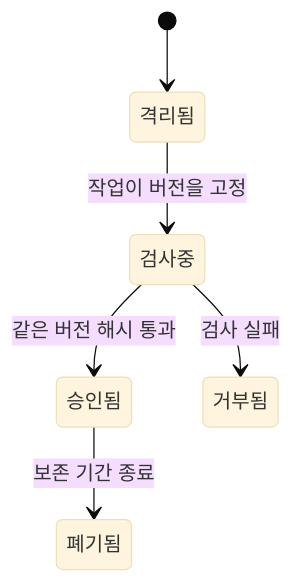
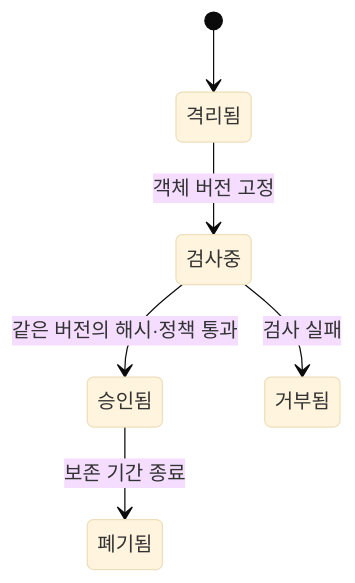
One commit to mj006648/netai-devsecops-runbook changed the second of 2 diagrams in learning/security-cryptography/01-threat-models-and-security-goals.md. Above: the diagram before and after it, drawn with Mermaid (base theme). The commit also changed other lines of this file and 165 other files, not shown here.

````diff
--- a/learning/security-cryptography/01-threat-models-and-security-goals.md
+++ b/learning/security-cryptography/01-threat-models-and-security-goals.md
@@ -126,8 +111,8 @@
 ```mermaid
 stateDiagram-v2
     [*] --> 격리됨
-    격리됨 --> 검사중: 작업이 버전을 고정
-    검사중 --> 승인됨: 같은 버전 해시 통과
+    격리됨 --> 검사중: 객체 버전 고정
+    검사중 --> 승인됨: 같은 버전의 해시·정책 통과
     검사중 --> 거부됨: 검사 실패
     승인됨 --> 폐기됨: 보존 기간 종료
 ```
````
